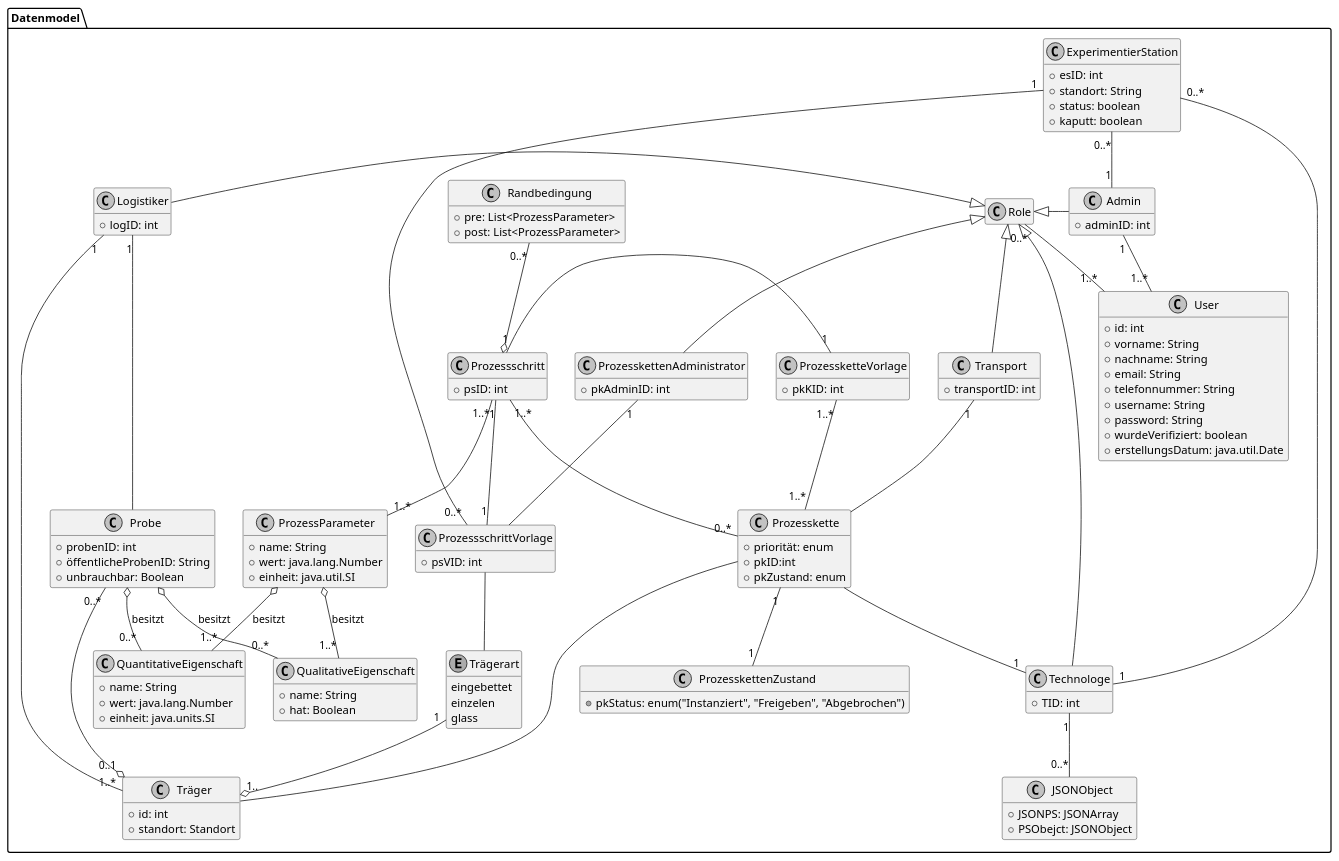
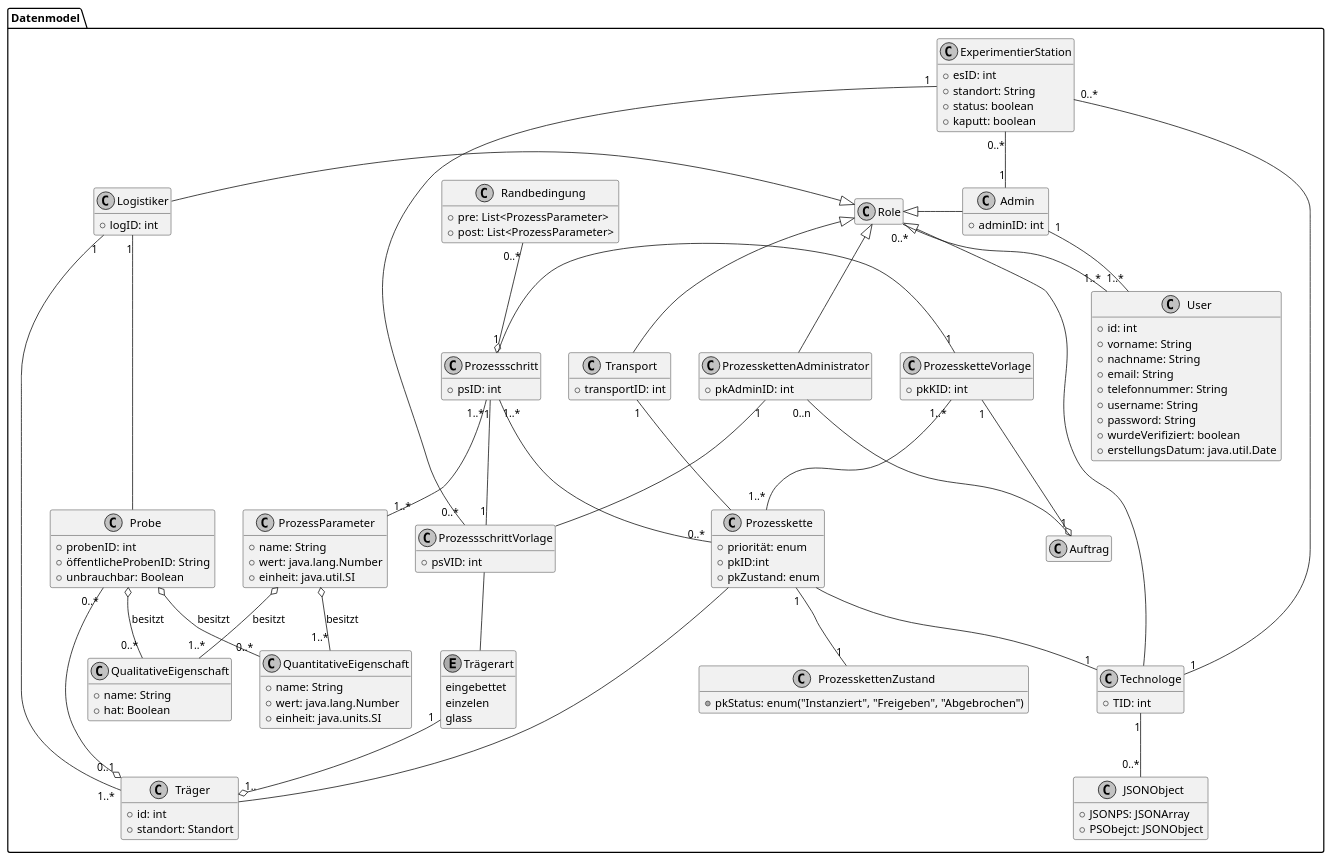
The eighth of 8 diagrams in doc/UML/plantuml.org (fkehlenb/softwareprojekt-2), drawn with PlantUML before and after one commit.

Commit message:
more uml auftrag updates

```diff
--- a/doc/UML/plantuml.org
+++ b/doc/UML/plantuml.org
@@ -294,5 +294,8 @@
   rb "0..*" --o ps
 
   t "1" -down- "0..*" JSONObject
+
+  pkAdmin "0..n" -- "1" Auftrag
+  pkV "1" --o Auftrag
 }
 #+END_SRC
```
